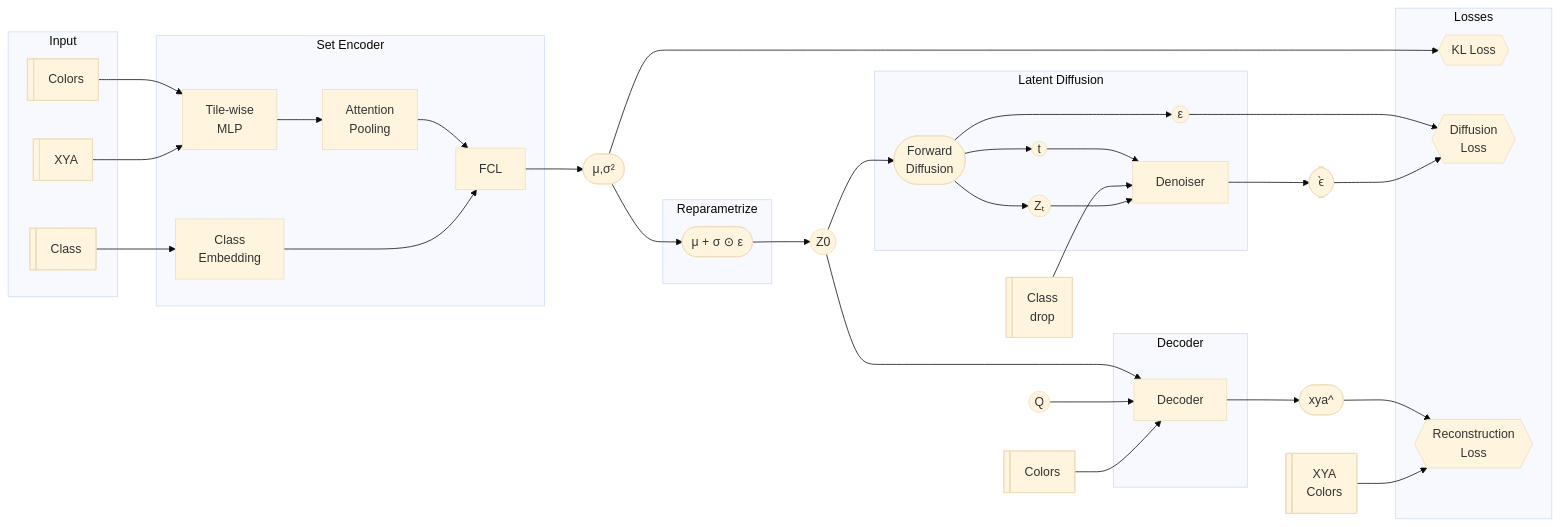
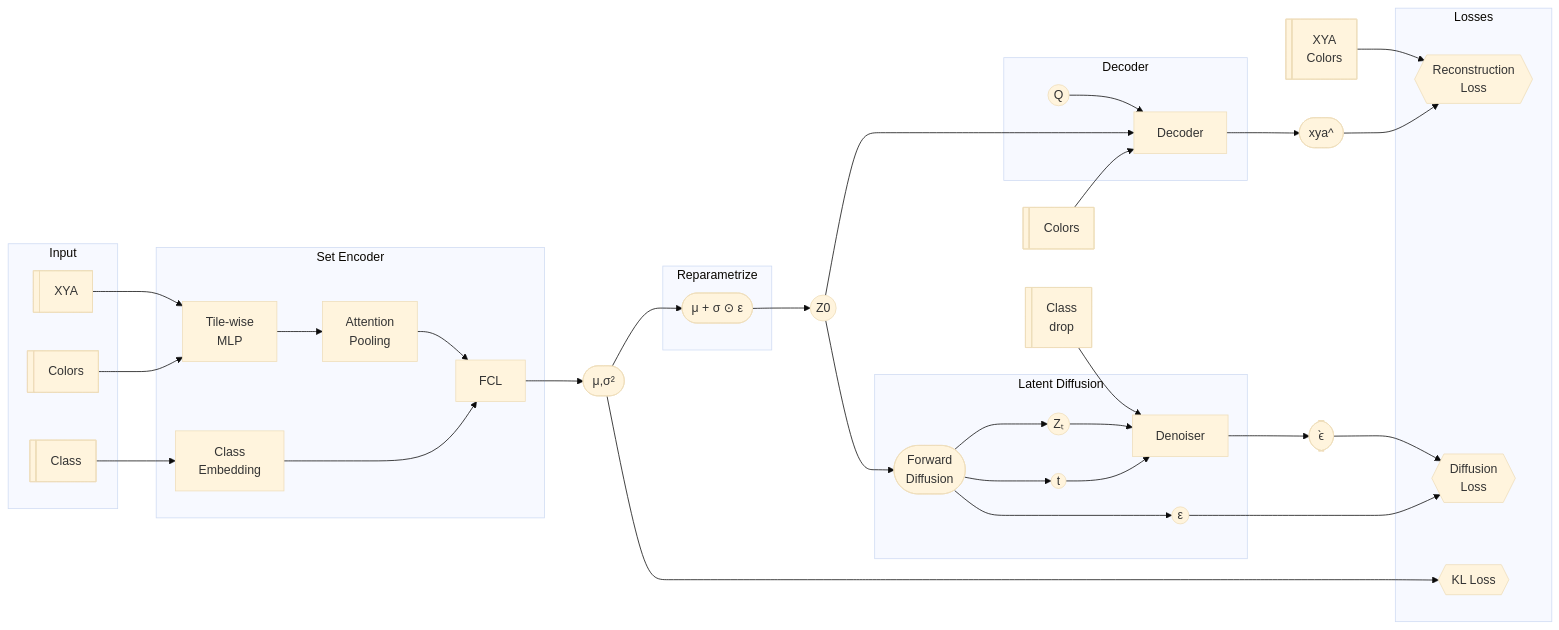
Before and after one commit to rakeshvar/penrose_diffusion: the first of 2 diagrams in code/models/latentdiff/lion.md, drawn with Mermaid (base theme). The commit also changed 12 other files, not shown here.

````diff
--- a/code/models/latentdiff/lion.md
+++ b/code/models/latentdiff/lion.md
@@ -3,74 +3,75 @@
 ```mermaid
 flowchart LR
 
 %% Inputs
 subgraph INPUT1["Input"]
 XYA@{ shape: lin-rect, label: "XYA" }
 COLORS@{ shape: lin-rect, label: "Colors" }
 CLASS@{ shape: lin-rect, label: "Class" }
 end
 
 XYA2@{ shape: lin-rect, label: "XYA
 Colors" }
 COLORS2@{ shape: lin-rect, label: "Colors" }
 CLASS2@{ shape: lin-rect, label: "Class
 drop" }
 
 %% Encoder
 subgraph ENC["Set Encoder"]
   TWMLP["Tile-wise 
     MLP"]
   ATTNPOOL["Attention 
     Pooling"]
   CLSEMBD["Class 
     Embedding"]
   FCL["FCL"]
 end
 
 COLORS --> TWMLP
 XYA --> TWMLP --> ATTNPOOL --> FCL
 CLASS --> CLSEMBD --> FCL
 FCL --> MUSIGMA2(["μ,σ²"]) --> LKL{{"KL Loss"}}
 
 subgraph REPARAMETRIZE["Reparametrize"]
   REPARAM(["μ + σ ⊙ ε"])
 end
 MUSIGMA2 --> REPARAM --> Z0(("Z0"))
 
 subgraph DIFFUSION["Latent Diffusion"]
   EPS(("ε"))
   FWDIFF(["Forward 
     Diffusion"])
   DENOISER["Denoiser"]
   ZT(("Zₜ"))
   T(("t"))
 end
 
 FWDIFF --> EPS --> LDIFF
 FWDIFF --> T --> DENOISER
 
 CLASS2 --> DENOISER
 Z0 --> FWDIFF --> ZT --> DENOISER --> EPSHAT([" ̂ϵ"])  --> LDIFF
 
 %% Decoder
 subgraph DEC["Decoder"]
   DECODER["Decoder"]
+  Q
 end
 Z0 --> DECODER
 Q(("Q")) --> DECODER
 
 DECODER --> Tiles(["xya^"]) --> LREC
 COLORS2 --> DECODER
 
 %% Losses
 LREC{{"Reconstruction 
 Loss"}}
 LDIFF{{"Diffusion 
 Loss"}}
 XYA2 --> LREC
 subgraph LOSSES["Losses"]
  LREC
  LKL
  LDIFF
 end
 ```
````
